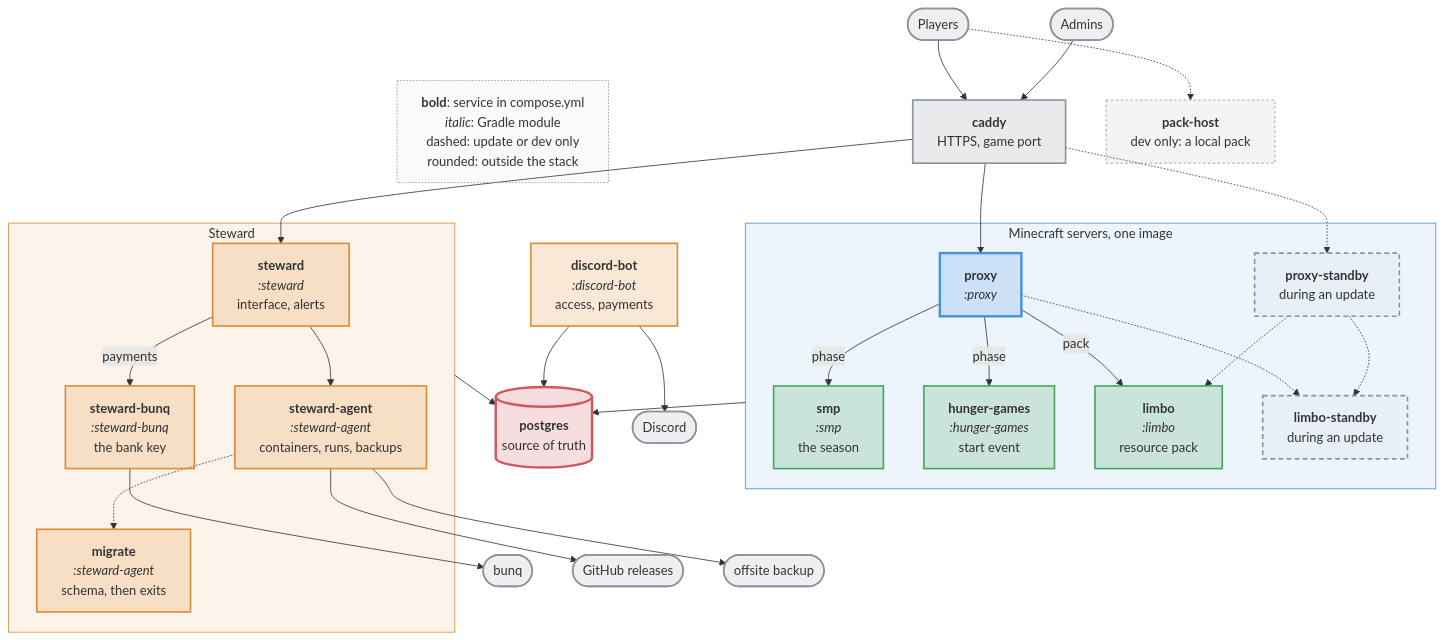
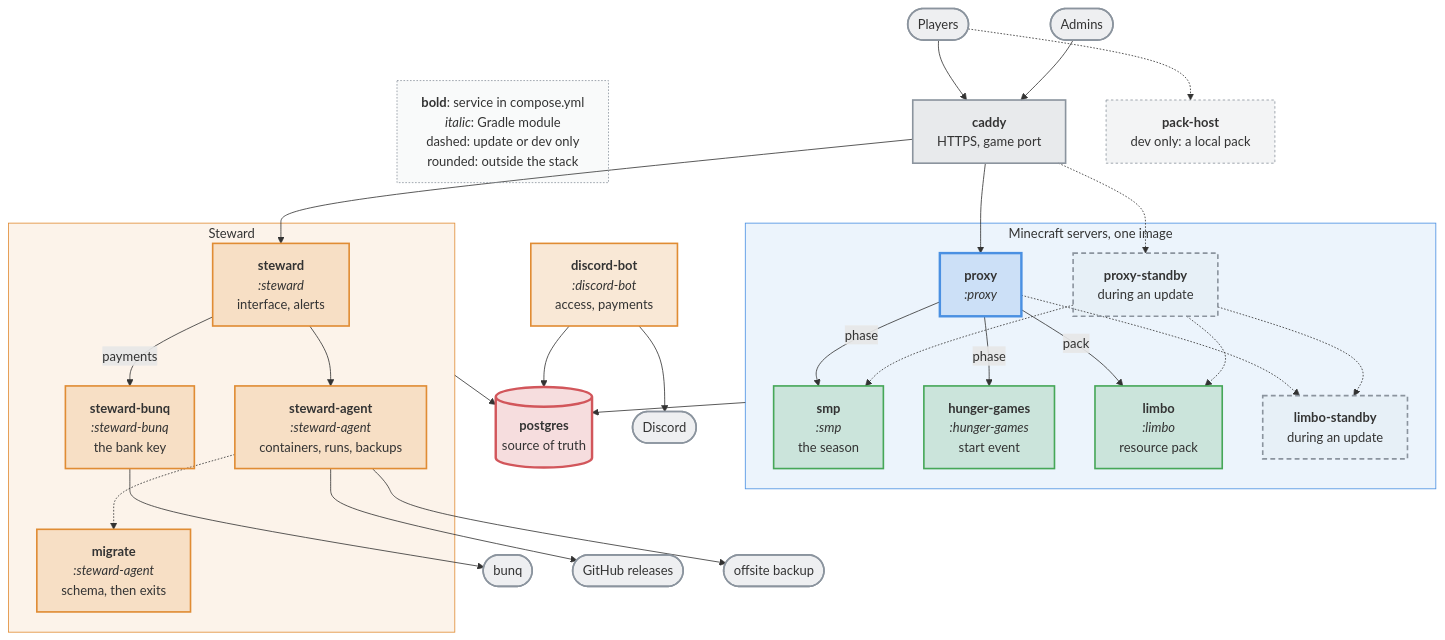
One commit to nordtal/season-2 changed the diagram in README.md. Above: the diagram before and after it, drawn with Mermaid.

Commit message:
docs: add another missing relation from standby proxy to mermaid diagram

````diff
--- a/README.md
+++ b/README.md
@@ -17,69 +17,70 @@
 ```mermaid
 %%{init: {'themeVariables': {'fontSize': '16px'}, 'flowchart': {'wrappingWidth': 240, 'diagramPadding': 8}}}%%
 flowchart TB
     LEG["<b>bold</b>: service in compose.yml<br/><i>italic</i>: Gradle module<br/>dashed: update or dev only<br/>rounded: outside the stack"]:::key
     players(["Players"]):::ext
     admins(["Admins"]):::ext
     CADDY["<b>caddy</b><br/>HTTPS, game port"]:::entry
     PACK["<b>pack-host</b><br/>dev only: a local pack"]:::side
 
     subgraph mc["Minecraft servers, one image"]
         NC["<b>proxy</b><br/><i>:proxy</i>"]:::proxy
         NCS["<b>proxy-standby</b><br/>during an update"]:::standby
         SMP["<b>smp</b><br/><i>:smp</i><br/>the season"]:::paper
         HG["<b>hunger-games</b><br/><i>:hunger-games</i><br/>start event"]:::paper
       LIMBO["<b>limbo</b><br/><i>:limbo</i><br/>resource pack"]:::paper
       LIMBOS["<b>limbo-standby</b><br/>during an update"]:::standby
     end
 
     subgraph st["Steward"]
         UPD["<b>steward</b><br/><i>:steward</i><br/>interface, alerts"]:::app
         DEP["<b>steward-agent</b><br/><i>:steward-agent</i><br/>containers, runs, backups"]:::app
         BANK["<b>steward-bunq</b><br/><i>:steward-bunq</i><br/>the bank key"]:::app
         MIG["<b>migrate</b><br/><i>:steward-agent</i><br/>schema, then exits"]:::app
     end
 
     BOT["<b>discord-bot</b><br/><i>:discord-bot</i><br/>access, payments"]:::app
     PG[("<b>postgres</b><br/>source of truth")]:::db
 
     bunq(["bunq"]):::ext
     discord(["Discord"]):::ext
     gh(["GitHub releases"]):::ext
     offsite(["offsite backup"]):::ext
 
     players --> CADDY
     players -.-> PACK
     admins --> CADDY
     CADDY --> NC
     CADDY -.-> NCS
     CADDY --> UPD
     NC -->|"pack"| LIMBO
     NC -->|"phase"| HG
     NC -->|"phase"| SMP
     NC -.-> LIMBOS
+    NCS -.-> LIMBOS
     NCS -.-> LIMBO
-    NCS -.-> LIMBOS
+    NCS -.-> SMP
     UPD --> DEP
     UPD -->|"payments"| BANK
     BANK --> bunq
     DEP -.-> MIG
     DEP --> gh
     DEP --> offsite
     LEG ~~~ BOT
     BOT --> discord
     mc --> PG
     BOT --> PG
     st --> PG
 
     classDef key fill:#8b949e0d,stroke:#8b949e,stroke-width:1px,stroke-dasharray:2 2
     classDef ext fill:#8b949e26,stroke:#8b949e,stroke-width:2px
     classDef entry fill:#8b949e33,stroke:#8b949e,stroke-width:2px
     classDef proxy fill:#4a90e233,stroke:#4a90e2,stroke-width:3px
     classDef paper fill:#46a75833,stroke:#46a758,stroke-width:2px
     classDef standby fill:#8b949e0d,stroke:#8b949e,stroke-width:2px,stroke-dasharray:6 4
     classDef app fill:#e08c3433,stroke:#e08c34,stroke-width:2px
     classDef db fill:#d2565b33,stroke:#d2565b,stroke-width:3px
     classDef side fill:#8b949e1a,stroke:#8b949e,stroke-width:1px,stroke-dasharray:3 3
     style mc fill:#4a90e21a,stroke:#4a90e2,stroke-width:1px
     style st fill:#e08c341a,stroke:#e08c34,stroke-width:1px
 ```
````
